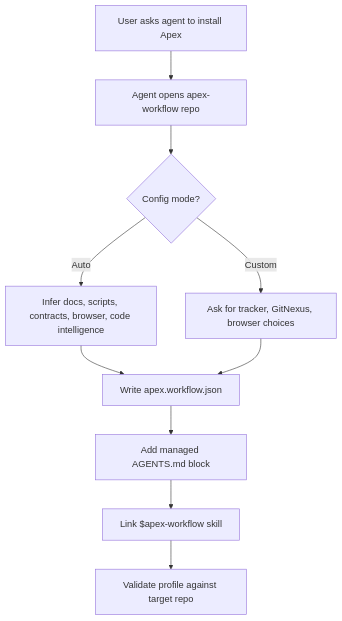
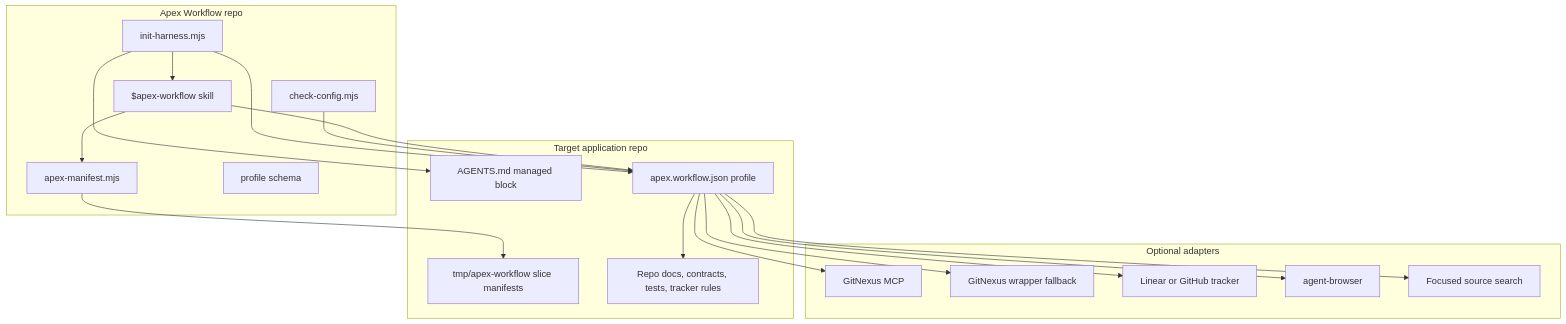
Before and after one commit to 0xCozart/apex-workflow: the first of 2 diagrams in README.md, drawn with Mermaid. The commit also changed other lines of this file, not shown here.

````diff
--- a/README.md
+++ b/README.md
@@ -24,12 +25,39 @@
 ```mermaid
-flowchart TD
-  A[User asks agent to install Apex] --> B[Agent opens apex-workflow repo]
-  B --> C{Config mode?}
-  C -->|Auto| D[Infer docs, scripts, contracts, browser, code intelligence]
-  C -->|Custom| E[Ask for tracker, GitNexus, browser choices]
-  D --> F[Write apex.workflow.json]
-  E --> F
-  F --> G[Add managed AGENTS.md block]
-  G --> H[Link $apex-workflow skill]
-  H --> I[Validate profile against target repo]
+flowchart TB
+  subgraph TargetRepo[Target application repo]
+    A[AGENTS.md managed block]
+    B[apex.workflow.json profile]
+    C[tmp/apex-workflow slice manifests]
+    D[Repo docs, contracts, tests, tracker rules]
+  end
+
+  subgraph Apex[Apex Workflow repo]
+    E[$apex-workflow skill]
+    F[init-harness.mjs]
+    G[apex-manifest.mjs]
+    H[check-config.mjs]
+    I[profile schema]
+  end
+
+  subgraph Adapters[Optional adapters]
+    J[GitNexus MCP]
+    K[GitNexus wrapper fallback]
+    L[Linear or GitHub tracker]
+    M[agent-browser]
+    N[Focused source search]
+  end
+
+  F --> B
+  F --> A
+  F --> E
+  H --> B
+  E --> B
+  E --> G
+  G --> C
+  B --> D
+  B --> J
+  B --> K
+  B --> L
+  B --> M
+  B --> N
 ```
````
